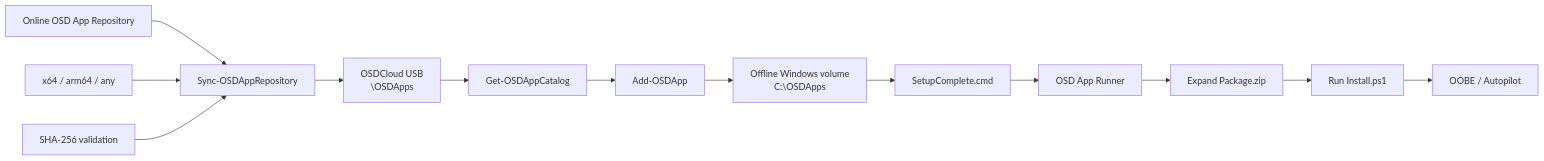
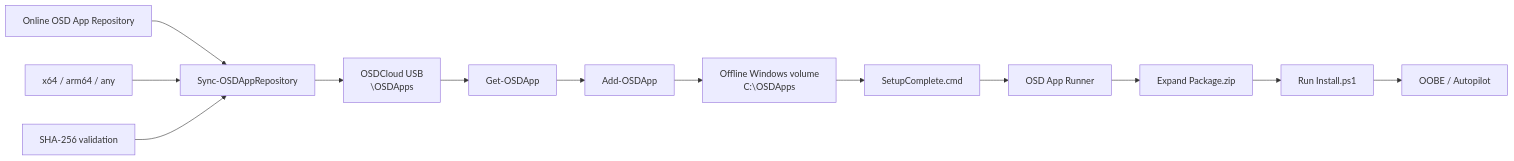
Before and after one commit to roryvossepoel/OSDAppClient: the diagram in README.md, drawn with Mermaid. The commit also changed other lines of this file, not shown here.

Commit message:
Document separate catalog and local app discovery model

````diff
--- a/README.md
+++ b/README.md
@@ -10,16 +10,16 @@
 ```mermaid
 flowchart LR
     A[Online OSD App Repository] --> B[Sync-OSDAppRepository]
     B --> C[OSDCloud USB<br/>\OSDApps]
-    C --> D[Get-OSDAppCatalog]
+    C --> D[Get-OSDApp]
     D --> E[Add-OSDApp]
     E --> F[Offline Windows volume<br/>C:\OSDApps]
     F --> G[SetupComplete.cmd]
     G --> H[OSD App Runner]
     H --> I[Expand Package.zip]
     I --> J[Run Install.ps1]
     J --> K[OOBE / Autopilot]
 
     L[x64 / arm64 / any] --> B
     M[SHA-256 validation] --> B
 ```
````
